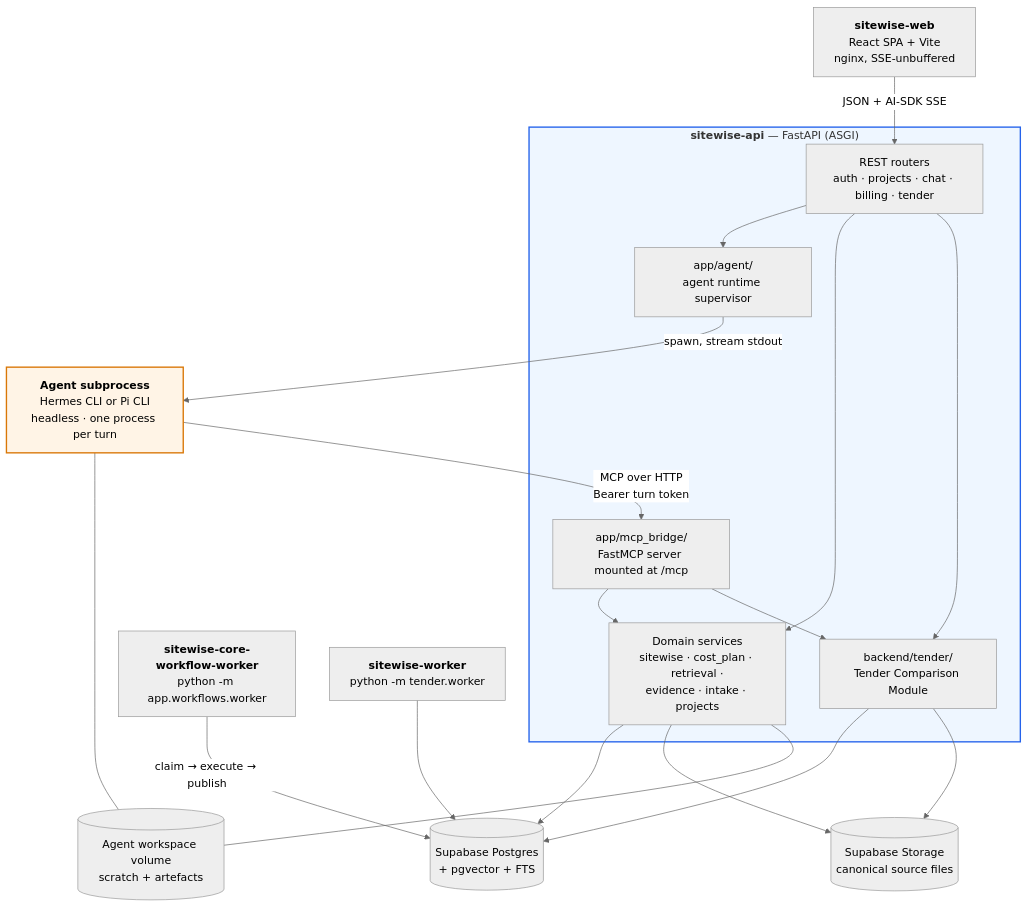
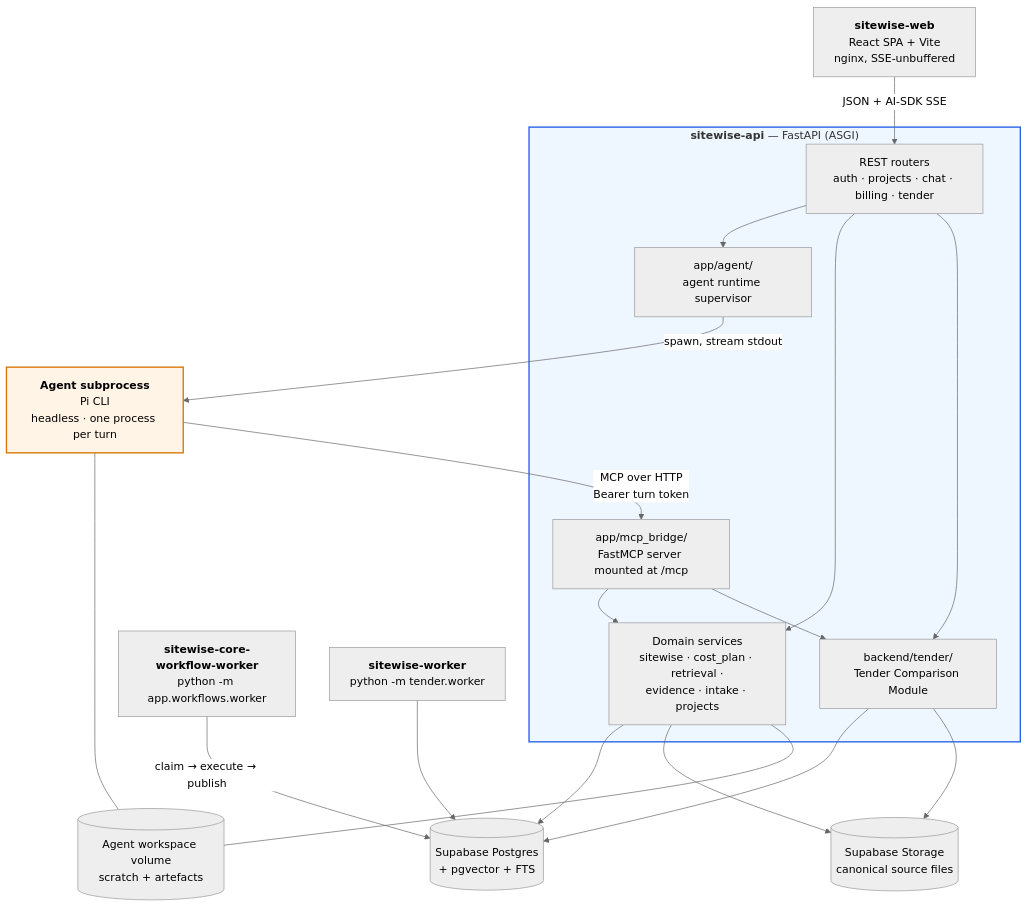
The third of 29 diagrams in docs/architecture.md (bennyclifton-svg/sitewise), drawn with Mermaid (neutral theme) before and after one commit. The commit also changed other lines of this file and 125 other files, not shown here.

````diff
--- a/docs/architecture.md
+++ b/docs/architecture.md
@@ -140,43 +140,43 @@
 ```mermaid
 flowchart TB
     web["<b>sitewise-web</b><br/>React SPA + Vite<br/>nginx, SSE-unbuffered"]
 
     subgraph api["<b>sitewise-api</b> — FastAPI (ASGI)"]
         routes["REST routers<br/>auth · projects · chat · billing · tender"]
         agentrt["app/agent/<br/>agent runtime supervisor"]
         mcp["app/mcp_bridge/<br/>FastMCP server mounted at /mcp"]
         core["Domain services<br/>sitewise · cost_plan · retrieval ·<br/>evidence · intake · projects"]
         tcm["backend/tender/<br/>Tender Comparison Module"]
     end
 
-    cli["<b>Agent subprocess</b><br/>Hermes CLI or Pi CLI<br/>headless · one process per turn"]
+    cli["<b>Agent subprocess</b><br/>Pi CLI<br/>headless · one process per turn"]
 
     wfw["<b>sitewise-core-workflow-worker</b><br/>python -m app.workflows.worker"]
     tw["<b>sitewise-worker</b><br/>python -m tender.worker"]
 
     pg[("Supabase Postgres<br/>+ pgvector + FTS")]
     obj[("Supabase Storage<br/>canonical source files")]
     vol[("Agent workspace volume<br/>scratch + artefacts")]
 
     web -->|"JSON + AI-SDK SSE"| routes
     routes --> agentrt
     agentrt -->|"spawn, stream stdout"| cli
     cli -->|"MCP over HTTP<br/>Bearer turn token"| mcp
     mcp --> core
     mcp --> tcm
     routes --> core
     routes --> tcm
 
     core --> pg
     core --> obj
     tcm --> pg
     tcm --> obj
     cli --- vol
     core --- vol
 
     wfw -->|"claim → execute → publish"| pg
     tw --> pg
 
     style api fill:#eef6ff,stroke:#2563eb,stroke-width:2px
     style cli fill:#fff4e6,stroke:#d97706,stroke-width:2px
 ```
````
